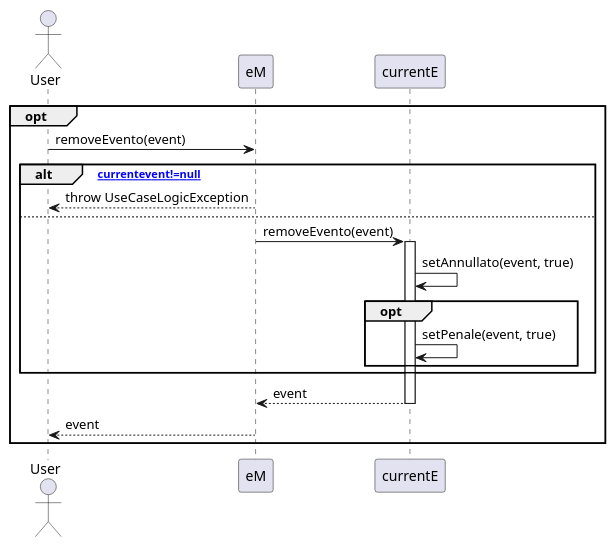
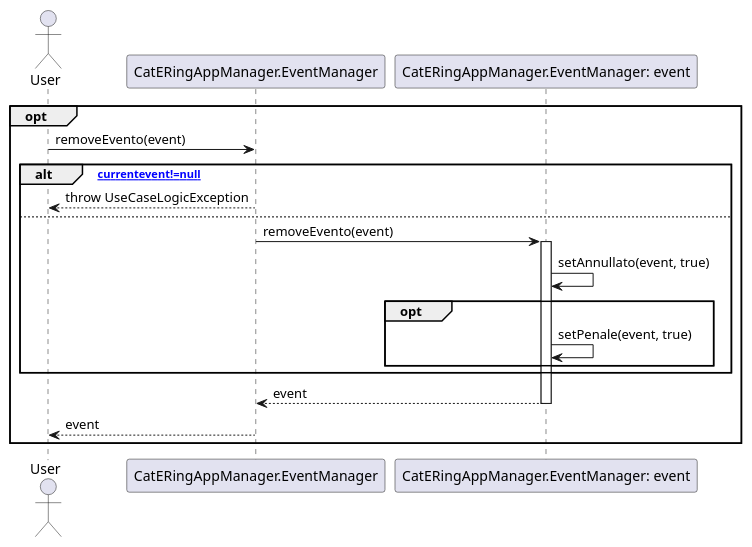
The diagram in dsd/dsd-eventi/scenarioPrincipale/rimuoviEvento.md (m0canu1/sas), drawn with PlantUML before and after one commit. The commit also changed 7 other files, not shown here.

````diff
--- a/dsd/dsd-eventi/scenarioPrincipale/rimuoviEvento.md
+++ b/dsd/dsd-eventi/scenarioPrincipale/rimuoviEvento.md
@@ -1,26 +1,26 @@
 ```plantuml
 Actor User
-Participant eM
-Participant currentE
+Participant "CatERingAppManager.EventManager"
+Participant "CatERingAppManager.EventManager: event"
 
 opt
-    User -> eM: removeEvento(event)
+    User -> "CatERingAppManager.EventManager": removeEvento(event)
     alt [currentevent!=null]
-        eM --> User: throw UseCaseLogicException
+        "CatERingAppManager.EventManager" --> User: throw UseCaseLogicException
     else
-        eM -> currentE: removeEvento(event)
-        Activate currentE
+        "CatERingAppManager.EventManager" -> "CatERingAppManager.EventManager: event": removeEvento(event)
+        Activate "CatERingAppManager.EventManager: event"
 
-        currentE -> currentE: setAnnullato(event, true)
+        "CatERingAppManager.EventManager: event" -> "CatERingAppManager.EventManager: event": setAnnullato(event, true)
         opt 
-            currentE -> currentE: setPenale(event, true)
+            "CatERingAppManager.EventManager: event" -> "CatERingAppManager.EventManager: event": setPenale(event, true)
         end
     end
-    currentE --> eM: event
-    Deactivate currentE
+    "CatERingAppManager.EventManager: event" --> "CatERingAppManager.EventManager": event
+    Deactivate "CatERingAppManager.EventManager: event"
 
-    eM --> User: event
+    "CatERingAppManager.EventManager" --> User: event
 end
 
 
 ```
````
